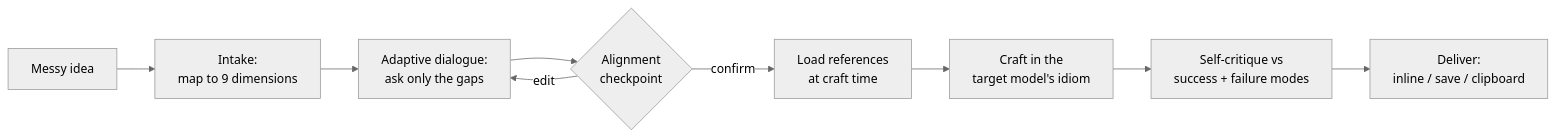
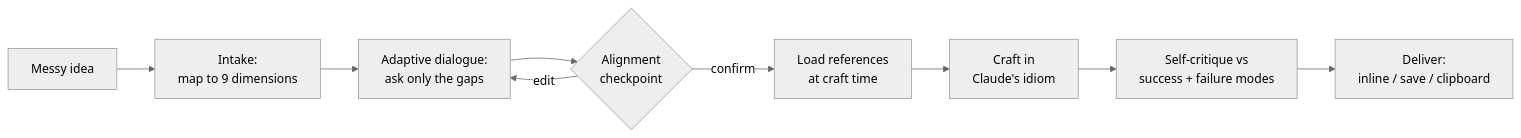
Before and after one commit to Mediacom99/skill-forge: the diagram in README.md, drawn with Mermaid (neutral theme). The commit also changed other lines of this file and 13 other files, not shown here.

````diff
--- a/README.md
+++ b/README.md
@@ -101,11 +106,11 @@
 ```mermaid
 flowchart LR
     A["Messy idea"] --> B["Intake:<br/>map to 9 dimensions"]
     B --> C["Adaptive dialogue:<br/>ask only the gaps"]
     C --> D{"Alignment<br/>checkpoint"}
     D -- confirm --> E["Load references<br/>at craft time"]
-    E --> F["Craft in the<br/>target model's idiom"]
+    E --> F["Craft in<br/>Claude's idiom"]
     F --> G["Self-critique vs<br/>success + failure modes"]
     G --> H["Deliver:<br/>inline / save / clipboard"]
     D -- edit --> C
 ```
````
